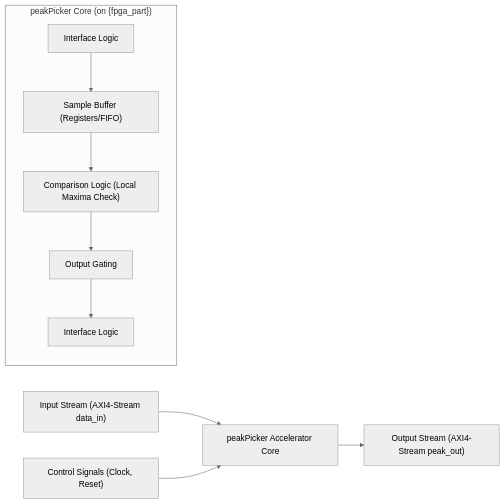
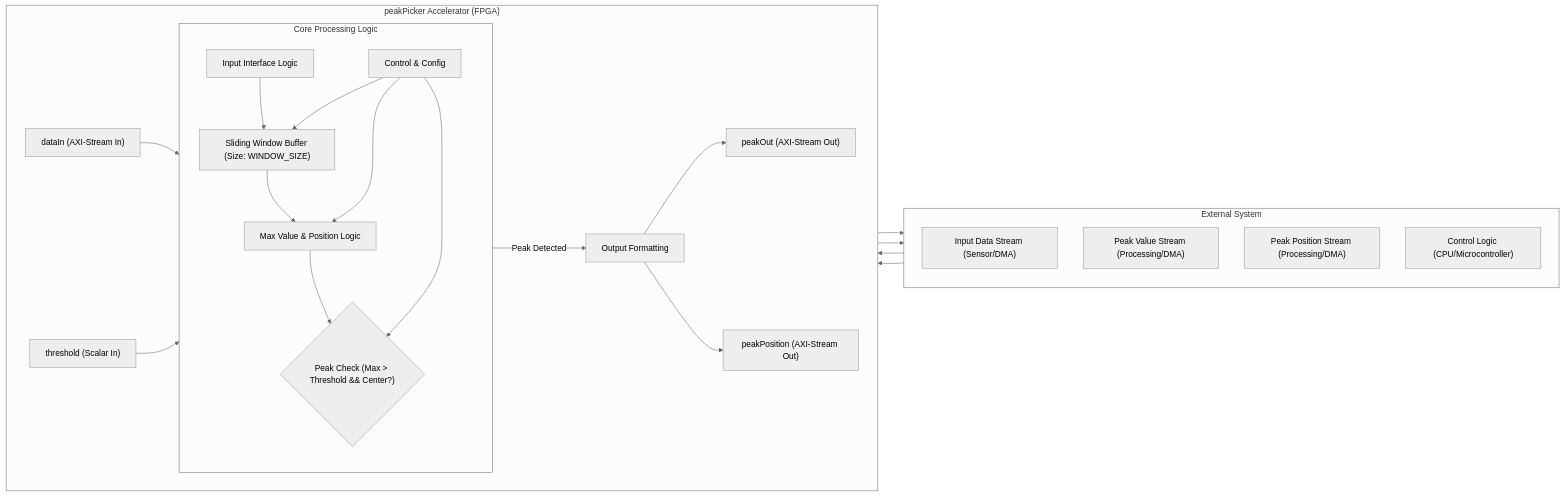
The second of 6 diagrams in implementations/peakPicker/documentation/paper.md (rockyco/llm-fpga-design), drawn with Mermaid (neutral theme) before and after one commit. The commit also changed other lines of this file and 9 other files, not shown here.

````diff
--- a/implementations/peakPicker/documentation/paper.md
+++ b/implementations/peakPicker/documentation/paper.md
@@ -137,16 +143,38 @@
 ```mermaid
 flowchart LR
-    A["Input Stream (AXI4-Stream data_in)"] --> B["peakPicker Accelerator Core"]
+    subgraph "External System"
+    direction TB
+    InStream["Input Data Stream (Sensor/DMA)"]
+    OutPeak["Peak Value Stream (Processing/DMA)"]
+    OutPos["Peak Position Stream (Processing/DMA)"]
+    Control["Control Logic (CPU/Microcontroller)"]
+    end
+
+    subgraph "peakPicker Accelerator (FPGA)"
+    direction LR
+    A["dataIn (AXI-Stream In)"] --> B["Input Interface Logic"]
+    C["threshold (Scalar In)"] --> D["Control & Config"]
     
-    subgraph "peakPicker Core (on {fpga_part})"
-        direction TB
-        B_IN["Interface Logic"] --> C["Sample Buffer (Registers/FIFO)"]
-        C --> D["Comparison Logic (Local Maxima Check)"]
-        D --> E["Output Gating"]
-        E --> B_OUT["Interface Logic"]
+    subgraph "Core Processing Logic"
+    direction TB
+    B --> E["Sliding Window Buffer (Size: WINDOW_SIZE)"]
+    E --> F["Max Value & Position Logic"]
+    F --> G{"Peak Check (Max > Threshold && Center?)"}
+    D --> G
     end
+
+    G -- "Peak Detected" --> H["Output Formatting"]
+    H --> I["peakOut (AXI-Stream Out)"]
+    H --> J["peakPosition (AXI-Stream Out)"]
     
-    B --> F["Output Stream (AXI4-Stream peak_out)"]
+    D --> E
+    D --> F
     
-    G["Control Signals (Clock, Reset)"] --> B
+    end
+
+    InStream --> A
+    Control --> C
+    I --> OutPeak
+    J --> OutPos
+
 ```
````
